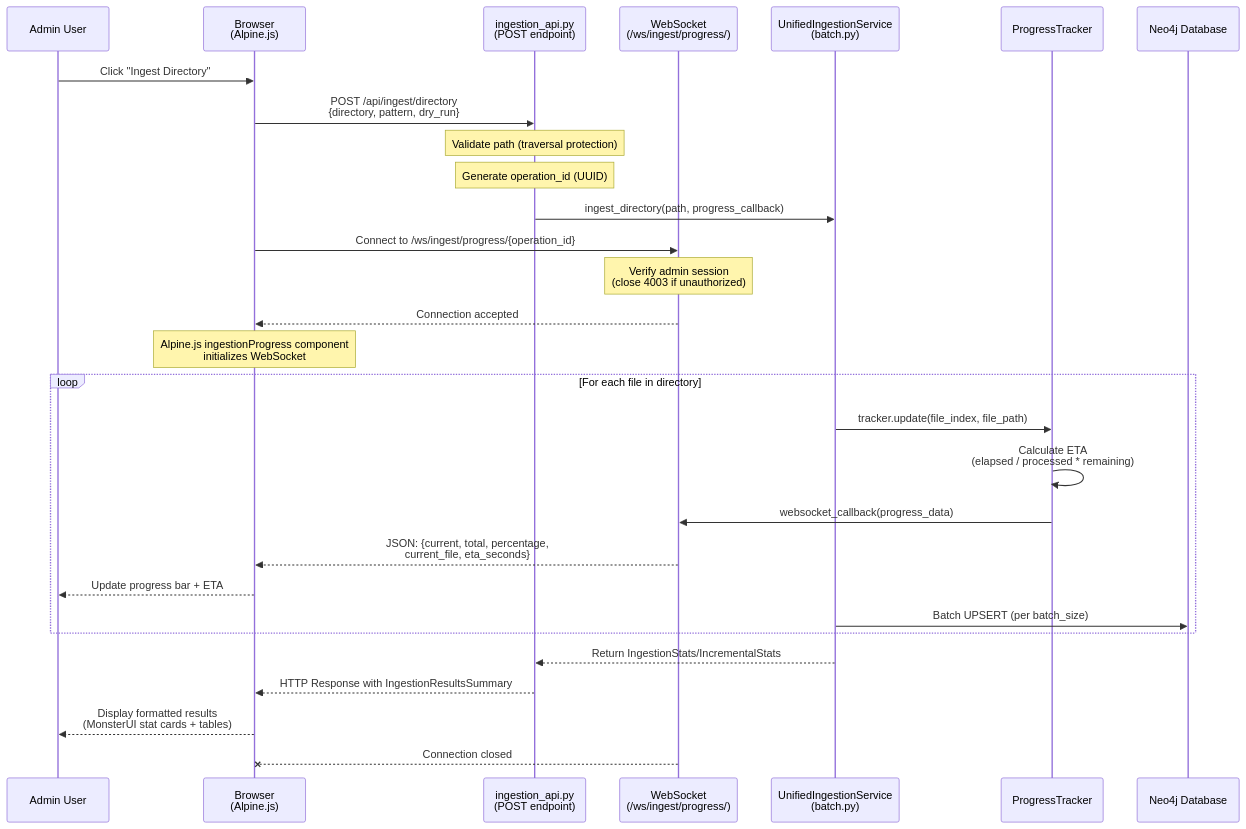
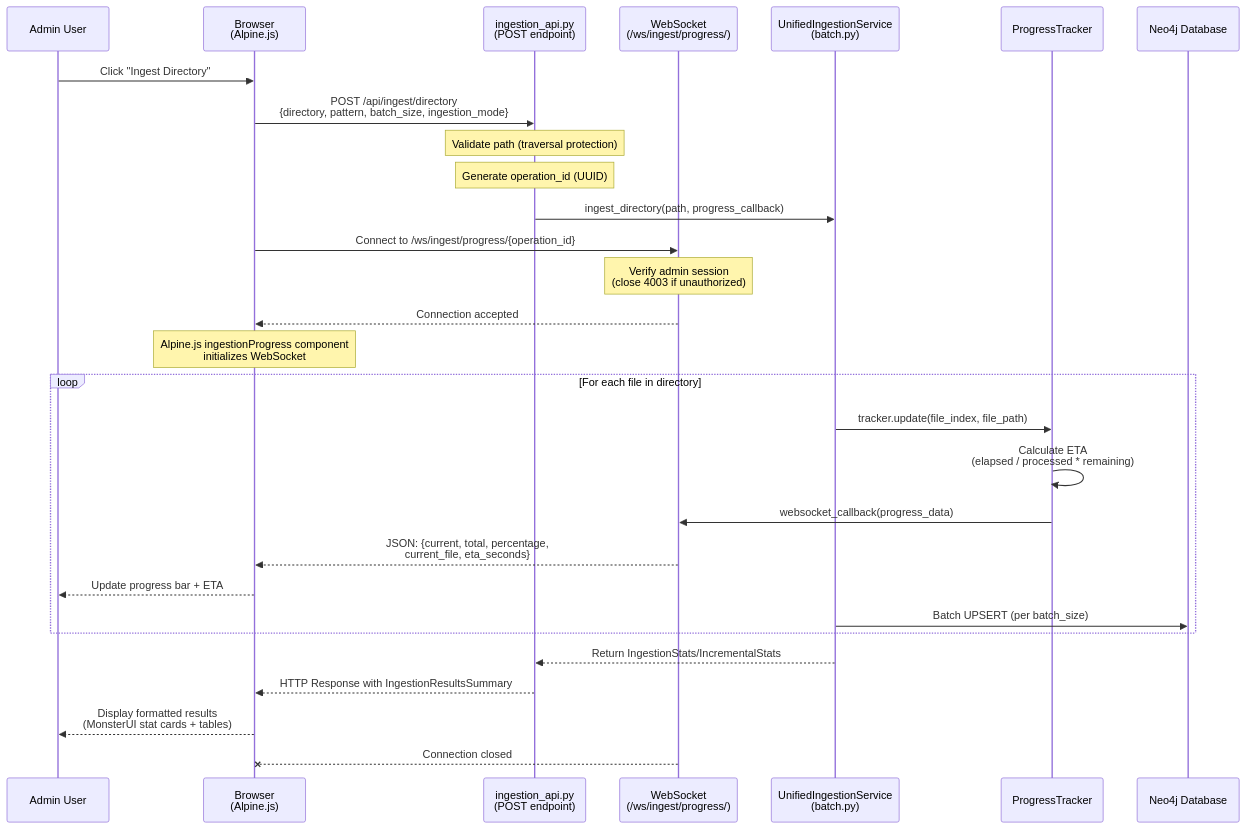
The third of 5 diagrams in app/docs/diagrams/ingestion_architecture.md (linguistic76/skuel), drawn with Mermaid before and after one commit. The commit also changed 6 other files, not shown here.

First line of the commit message:
feat(ingestion): vault sync Phase 2 — watcher trigger + incremental mode over HTTP (#298)

````diff
--- a/app/docs/diagrams/ingestion_architecture.md
+++ b/app/docs/diagrams/ingestion_architecture.md
@@ -108,38 +108,38 @@
 ```mermaid
 sequenceDiagram
     participant Admin as Admin User
     participant UI as Browser<br/>(Alpine.js)
     participant API as ingestion_api.py<br/>(POST endpoint)
     participant WS as WebSocket<br/>(/ws/ingest/progress/)
     participant Service as UnifiedIngestionService<br/>(batch.py)
     participant Tracker as ProgressTracker
     participant Neo4j as Neo4j Database
 
     Admin->>UI: Click "Ingest Directory"
-    UI->>API: POST /api/ingest/directory<br/>{directory, pattern, dry_run}
+    UI->>API: POST /api/ingest/directory<br/>{directory, pattern, batch_size, ingestion_mode}
 
     Note over API: Validate path (traversal protection)
     Note over API: Generate operation_id (UUID)
 
     API->>Service: ingest_directory(path, progress_callback)
 
     UI->>WS: Connect to /ws/ingest/progress/{operation_id}
     Note over WS: Verify admin session<br/>(close 4003 if unauthorized)
     WS-->>UI: Connection accepted
 
     Note over UI: Alpine.js ingestionProgress component<br/>initializes WebSocket
 
     loop For each file in directory
         Service->>Tracker: tracker.update(file_index, file_path)
         Tracker->>Tracker: Calculate ETA<br/>(elapsed / processed * remaining)
         Tracker->>WS: websocket_callback(progress_data)
         WS-->>UI: JSON: {current, total, percentage,<br/>current_file, eta_seconds}
         UI-->>Admin: Update progress bar + ETA
         Service->>Neo4j: Batch UPSERT (per batch_size)
     end
 
     Service-->>API: Return IngestionStats/IncrementalStats
     API-->>UI: HTTP Response with IngestionResultsSummary
     UI-->>Admin: Display formatted results<br/>(MonsterUI stat cards + tables)
     WS--xUI: Connection closed
 ```
````
